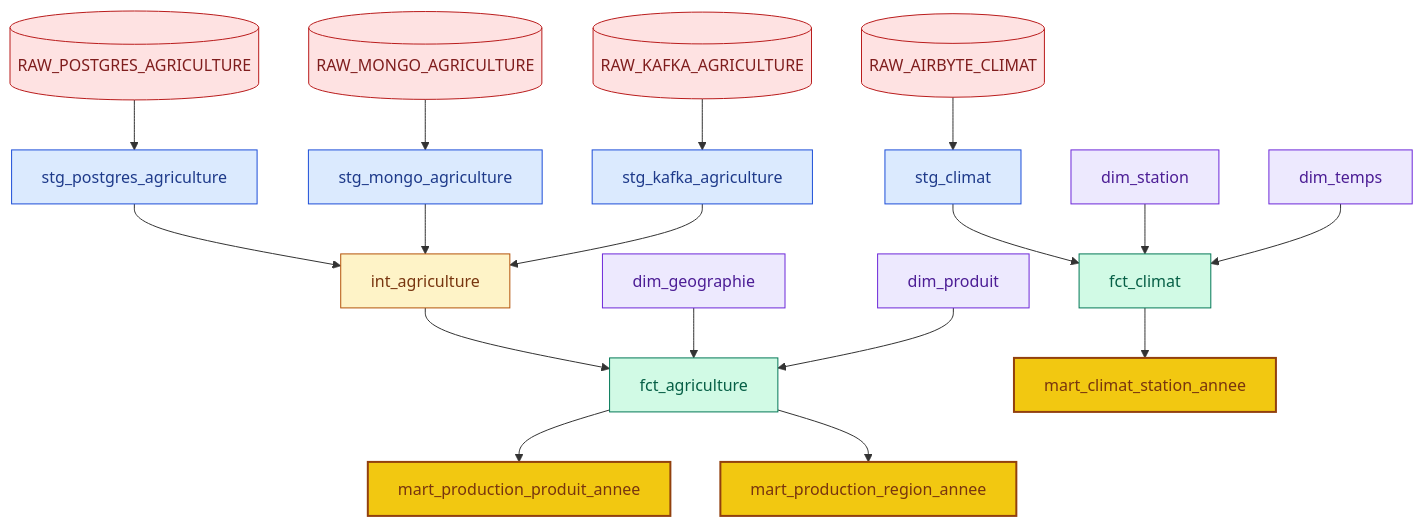
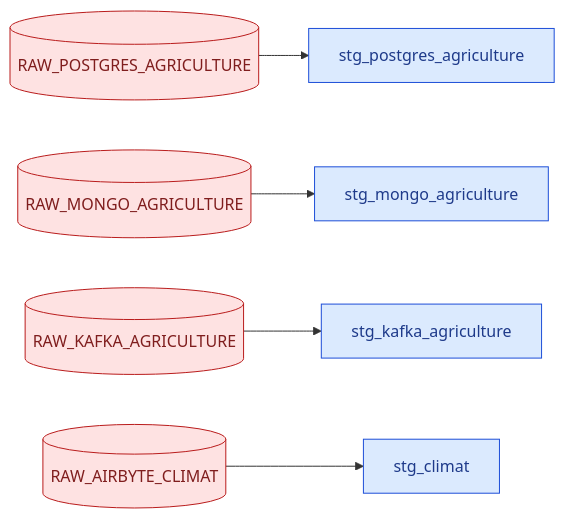
One commit to abdoudjigo/assaman-suuf changed the third of 9 diagrams in dbt_project/README_dbt_staging.md. Above: the diagram before and after it, drawn with Mermaid. The commit also changed other lines of this file, not shown here.

````diff
--- a/dbt_project/README_dbt_staging.md
+++ b/dbt_project/README_dbt_staging.md
@@ -81,34 +121,12 @@
 ```mermaid
-flowchart TB
+flowchart LR
     R1[("RAW_POSTGRES_AGRICULTURE")] --> S1["stg_postgres_agriculture"]
     R2[("RAW_MONGO_AGRICULTURE")] --> S2["stg_mongo_agriculture"]
     R3[("RAW_KAFKA_AGRICULTURE")] --> S3["stg_kafka_agriculture"]
     R4[("RAW_AIRBYTE_CLIMAT")] --> S4["stg_climat"]
 
-    S1 & S2 & S3 --> INT["int_agriculture"]
-
-    INT --> FA["fct_agriculture"]
-    S4 --> FC["fct_climat"]
-
-    DG["dim_geographie"] --> FA
-    DP["dim_produit"] --> FA
-    DS["dim_station"] --> FC
-    DT["dim_temps"] --> FC
-
-    FA --> M1["mart_production_produit_annee"]
-    FA --> M2["mart_production_region_annee"]
-    FC --> M3["mart_climat_station_annee"]
-
     classDef raw fill:#FEE2E2,stroke:#B91C1C,color:#7F1D1D
     classDef stg fill:#DBEAFE,stroke:#1D4ED8,color:#1E3A8A
-    classDef inter fill:#FEF3C7,stroke:#B45309,color:#78350F
-    classDef dim fill:#EDE9FE,stroke:#6D28D9,color:#4C1D95
-    classDef fait fill:#D1FAE5,stroke:#047857,color:#065F46
-    classDef mart fill:#F2C811,stroke:#92400E,color:#78350F,stroke-width:2px
     class R1,R2,R3,R4 raw
     class S1,S2,S3,S4 stg
-    class INT inter
-    class DG,DP,DS,DT dim
-    class FA,FC fait
-    class M1,M2,M3 mart
 ```
````
